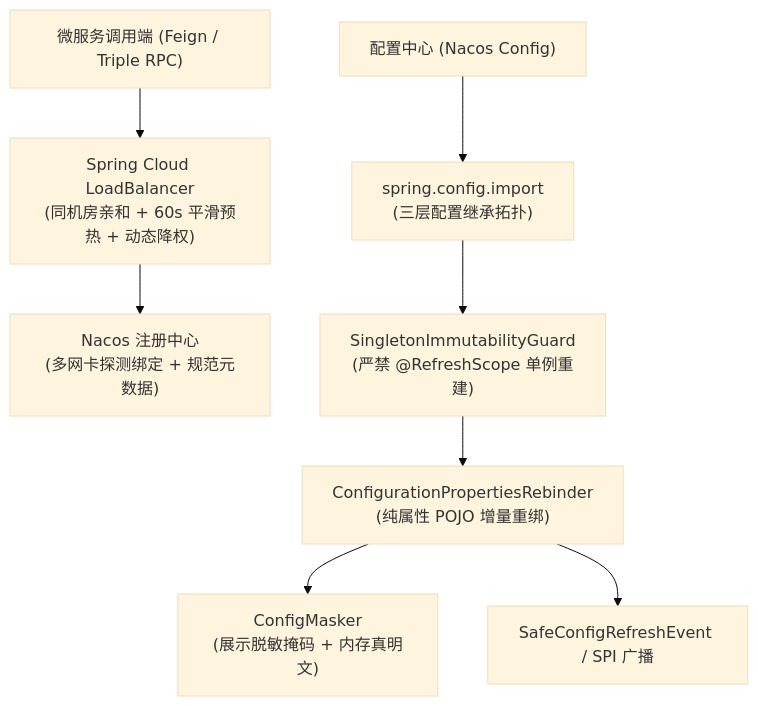
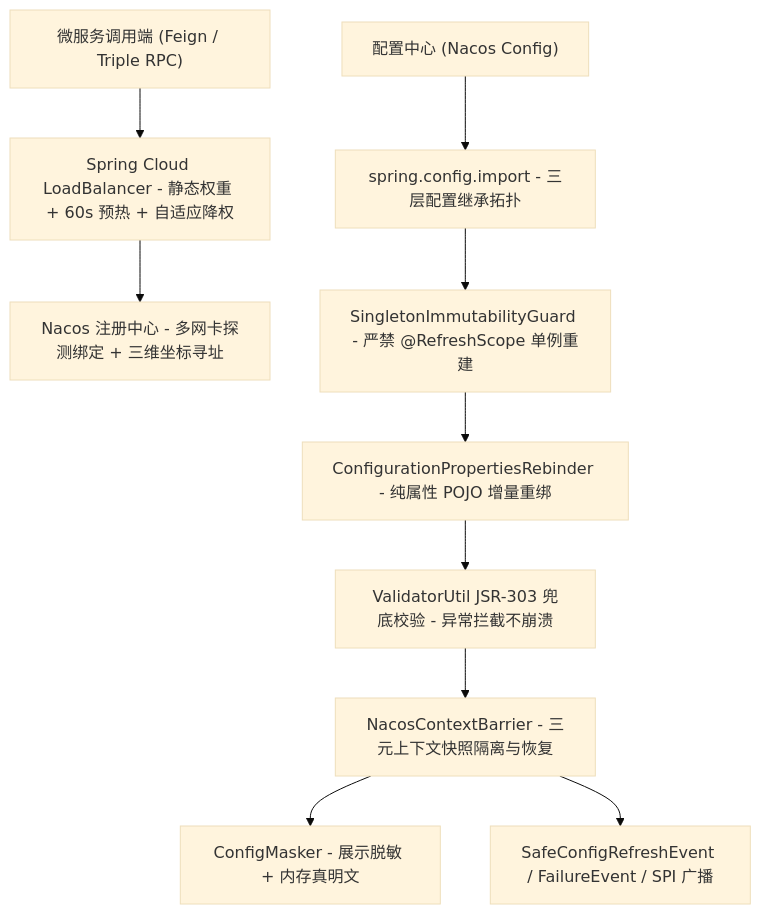
The first of 2 diagrams in ateng-cloud-nacos/README.md (atengk/ateng-cloud), drawn with Mermaid (base theme) before and after one commit. The commit also changed other lines of this file and 3 other files, not shown here.

````diff
--- a/ateng-cloud-nacos/README.md
+++ b/ateng-cloud-nacos/README.md
@@ -161,11 +187,13 @@
 ```mermaid
 flowchart TD
-    Client["微服务调用端 (Feign / Triple RPC)"] --> LB["Spring Cloud LoadBalancer<br>(同机房亲和 + 60s 平滑预热 + 动态降权)"]
-    LB --> NacosNaming["Nacos 注册中心<br>(多网卡探测绑定 + 规范元数据)"]
-    
-    Sub["配置中心 (Nacos Config)"] --> Import["spring.config.import<br>(三层配置继承拓扑)"]
-    Import --> Guard["SingletonImmutabilityGuard<br>(严禁 @RefreshScope 单例重建)"]
-    Guard --> Rebinder["ConfigurationPropertiesRebinder<br>(纯属性 POJO 增量重绑)"]
-    Rebinder --> Mask["ConfigMasker<br>(展示脱敏掩码 + 内存真明文)"]
-    Rebinder --> Events["SafeConfigRefreshEvent / SPI 广播"]
+    Client["微服务调用端 (Feign / Triple RPC)"] --> LB["Spring Cloud LoadBalancer - 静态权重 + 60s 预热 + 自适应降权"]
+    LB --> NacosNaming["Nacos 注册中心 - 多网卡探测绑定 + 三维坐标寻址"]
+
+    Sub["配置中心 (Nacos Config)"] --> Import["spring.config.import - 三层配置继承拓扑"]
+    Import --> Guard["SingletonImmutabilityGuard - 严禁 @RefreshScope 单例重建"]
+    Guard --> Rebinder["ConfigurationPropertiesRebinder - 纯属性 POJO 增量重绑"]
+    Rebinder --> Jsr303["ValidatorUtil JSR-303 兜底校验 - 异常拦截不崩溃"]
+    Jsr303 --> Barrier["NacosContextBarrier - 三元上下文快照隔离与恢复"]
+    Barrier --> Mask["ConfigMasker - 展示脱敏 + 内存真明文"]
+    Barrier --> Events["SafeConfigRefreshEvent / FailureEvent / SPI 广播"]
 ```
````
